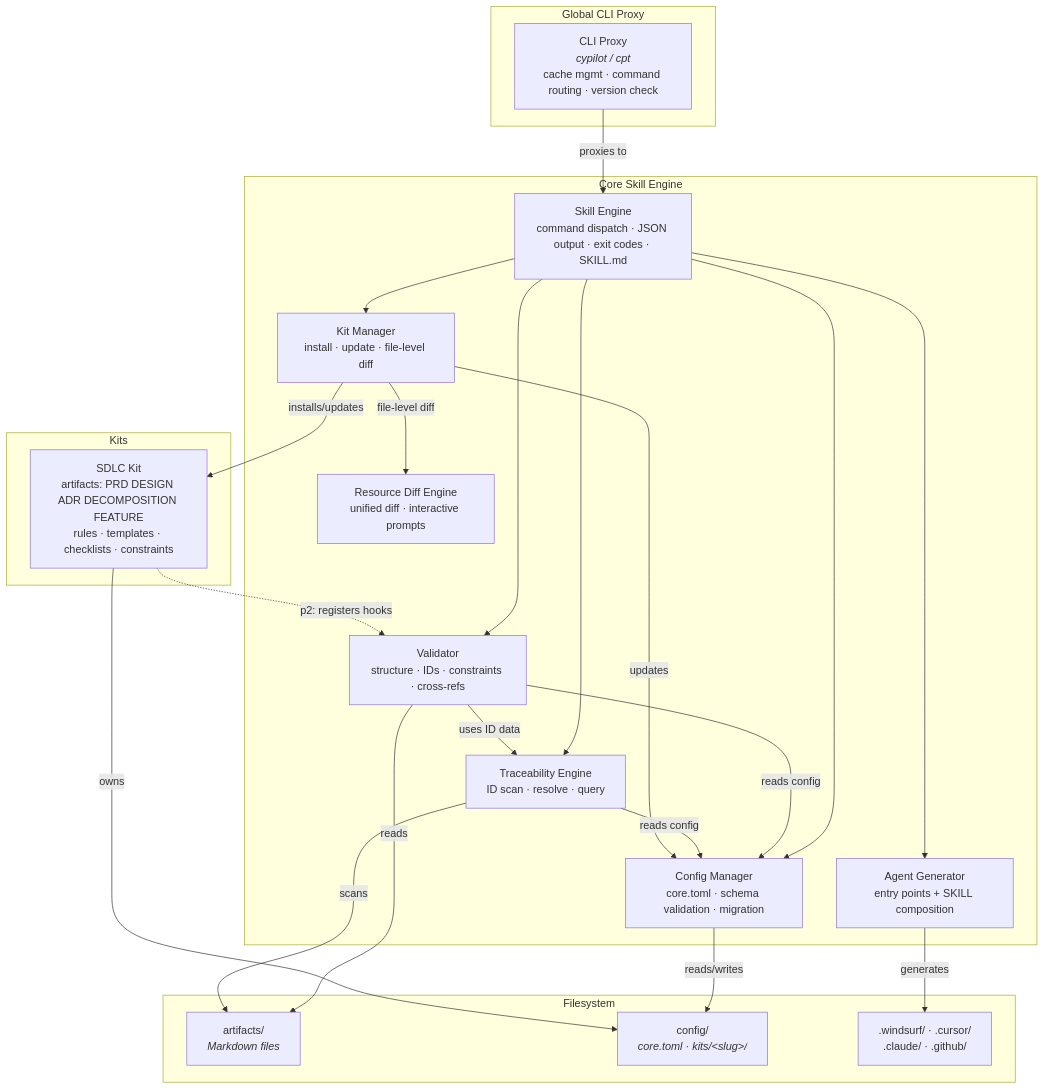
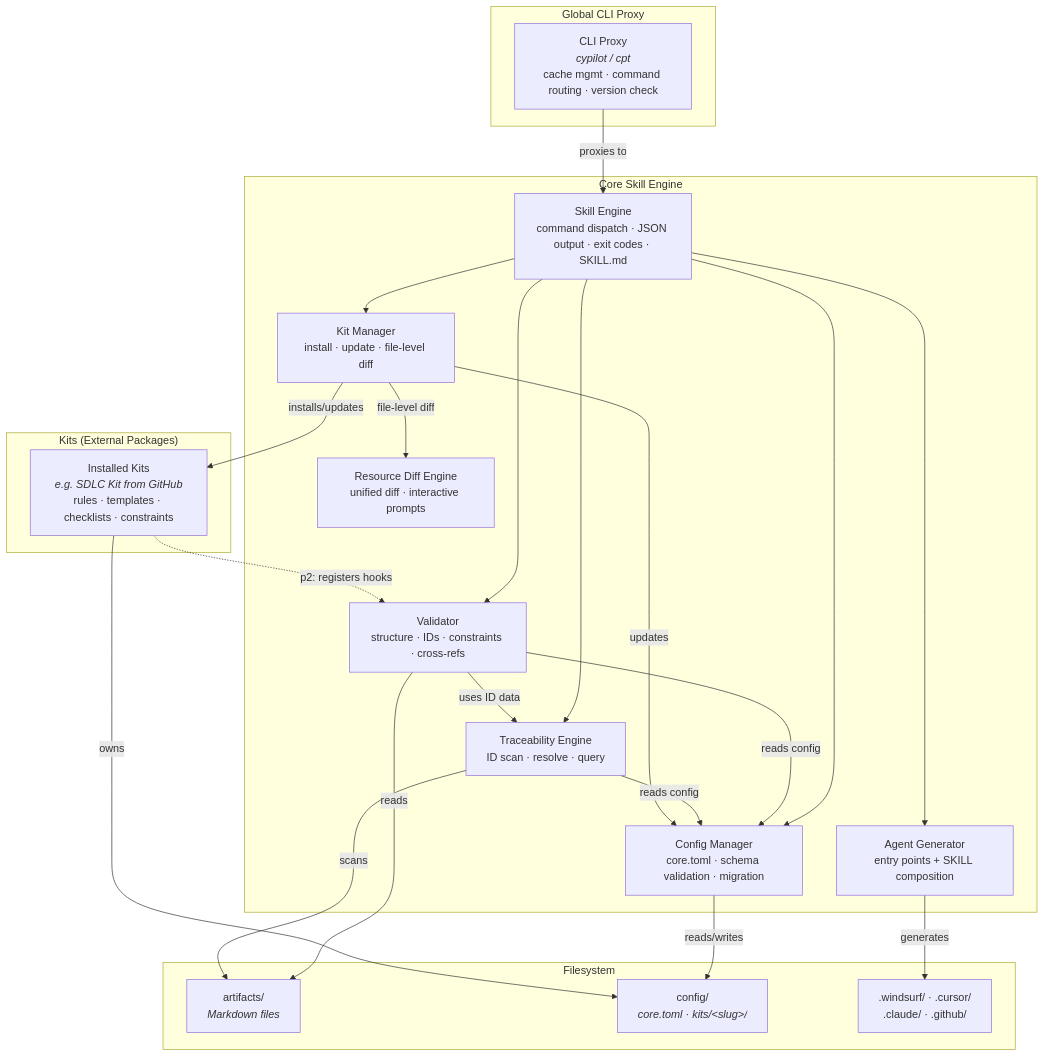
The first of 7 diagrams in architecture/DESIGN.md (bsacrobatix/cyber-pilot), drawn with Mermaid before and after one commit. The commit also changed other lines of this file and 15 other files, not shown here.

First line of the commit message:
``` docs(core,adr): extract SDLC kit to GitHub repository and update architecture docs to reflect external kit model

````diff
--- a/architecture/DESIGN.md
+++ b/architecture/DESIGN.md
@@ -444,45 +391,45 @@
 ```mermaid
 graph TD
     subgraph "Global CLI Proxy"
         CLI["CLI Proxy<br/><i>cypilot / cpt</i><br/>cache mgmt · command routing · version check"]
     end
 
     subgraph "Core Skill Engine"
         SE["Skill Engine<br/>command dispatch · JSON output · exit codes · SKILL.md"]
         V["Validator<br/>structure · IDs · constraints · cross-refs"]
         TE["Traceability Engine<br/>ID scan · resolve · query"]
         CM["Config Manager<br/>core.toml · schema validation · migration"]
         KM["Kit Manager<br/>install · update · file-level diff"]
         AG["Agent Generator<br/>entry points + SKILL composition"]
         DE["Resource Diff Engine<br/>unified diff · interactive prompts"]
     end
 
-    subgraph "Kits"
-        SDLC["SDLC Kit<br/>artifacts: PRD DESIGN ADR DECOMPOSITION FEATURE<br/>rules · templates · checklists · constraints"]
+    subgraph "Kits (External Packages)"
+        SDLC["Installed Kits<br/><i>e.g. SDLC Kit from GitHub</i><br/>rules · templates · checklists · constraints"]
     end
 
     subgraph "Filesystem"
         ART["artifacts/<br/><i>Markdown files</i>"]
         CFG["config/<br/><i>core.toml · kits/&lt;slug&gt;/</i>"]
         AGENTS[".windsurf/ · .cursor/<br/>.claude/ · .github/"]
     end
 
     CLI -->|proxies to| SE
     SE --> V
     SE --> TE
     SE --> CM
     SE --> KM
     SE --> AG
     KM -->|file-level diff| DE
     V -->|uses ID data| TE
     V -->|reads config| CM
     TE -->|reads config| CM
     KM -->|installs/updates| SDLC
     KM -->|updates| CM
     SDLC -.->|p2: registers hooks| V
     V -->|reads| ART
     TE -->|scans| ART
     CM -->|reads/writes| CFG
     AG -->|generates| AGENTS
     SDLC -->|owns| CFG
 ```
````
